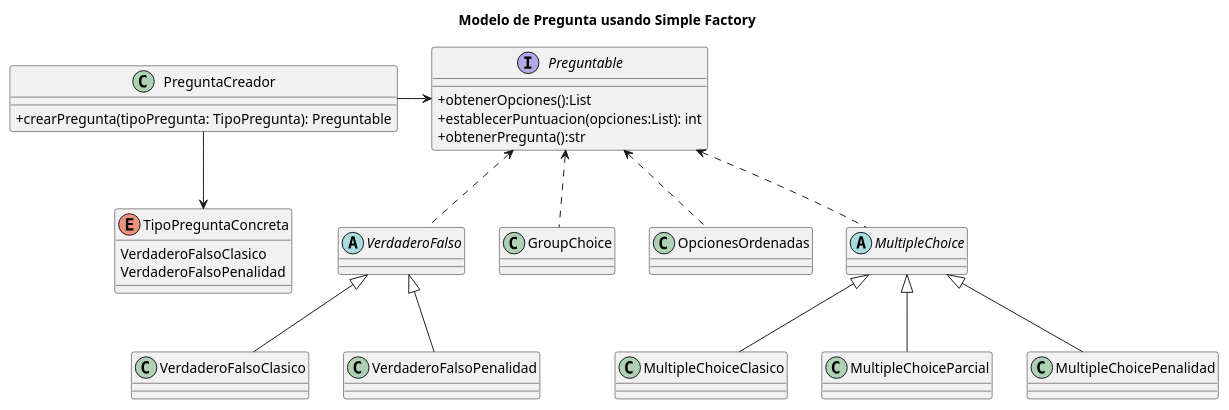
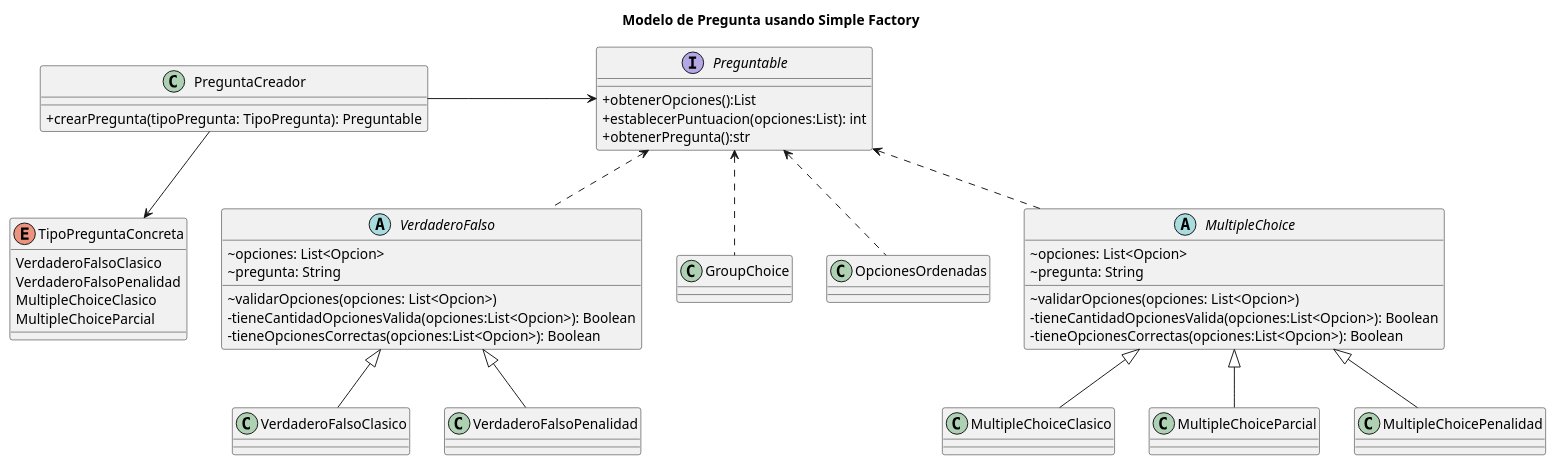
Before and after one commit to gylopezgiles/TP2: the diagram in doc/Diagramas/Diagramas_Clase/pregunta/pregunta.plantuml, drawn with PlantUML. The commit also changed 2 other files, not shown here.

Commit message:
agrego tests y actualizo diagramas

```diff
--- a/doc/Diagramas/Diagramas_Clase/pregunta/pregunta.plantuml
+++ b/doc/Diagramas/Diagramas_Clase/pregunta/pregunta.plantuml
@@ -2,75 +2,85 @@
 @startuml
 title Modelo de Pregunta usando Simple Factory
 skinparam classAttributeIconSize 0
 
 class PreguntaCreador{
     + crearPregunta(tipoPregunta: TipoPregunta): Preguntable
 }
 
 interface Preguntable{
     + obtenerOpciones():List
     + establecerPuntuacion(opciones:List): int
     + obtenerPregunta():str
 }
 
 enum TipoPreguntaConcreta{
     VerdaderoFalsoClasico
     VerdaderoFalsoPenalidad
+    MultipleChoiceClasico
+    MultipleChoiceParcial
 }
 
 abstract class VerdaderoFalso{
-    
+    ~ opciones: List<Opcion>
+    ~ pregunta: String
+    ~ validarOpciones(opciones: List<Opcion>)
+    - tieneCantidadOpcionesValida(opciones:List<Opcion>): Boolean
+    - tieneOpcionesCorrectas(opciones:List<Opcion>): Boolean
 }
 
 ' sin penalidad
 class VerdaderoFalsoClasico{
 }
 
 class MultipleChoiceClasico{
 
 }
 
 class MultipleChoiceParcial{
     
 }
 
 ' con penalidad
 class VerdaderoFalsoPenalidad{
 }
 
 class MultipleChoicePenalidad{
 }
 
 
 ' Especiales
 class GroupChoice{
 }
 
 class OpcionesOrdenadas{
 }
 
 abstract class MultipleChoice{
-
+    ~ opciones: List<Opcion>
+    ~ pregunta: String
+    ~ validarOpciones(opciones: List<Opcion>)
+    - tieneCantidadOpcionesValida(opciones:List<Opcion>): Boolean
+    - tieneOpcionesCorrectas(opciones:List<Opcion>): Boolean
 }
 
 
 PreguntaCreador -down->TipoPreguntaConcreta
 PreguntaCreador -> Preguntable
 
 Preguntable <.. VerdaderoFalso
 
 ' Preg_Penal
 VerdaderoFalso <|-- VerdaderoFalsoPenalidad
 MultipleChoice <|-- MultipleChoicePenalidad
 
 
 ' Pregun_Sin_Penal
 VerdaderoFalso <|-- VerdaderoFalsoClasico
 Preguntable <.. MultipleChoice
 MultipleChoice <|-- MultipleChoiceParcial
 MultipleChoice <|-- MultipleChoiceClasico
 
 Preguntable <.. GroupChoice
 Preguntable <.. OpcionesOrdenadas
 
 @enduml
```
